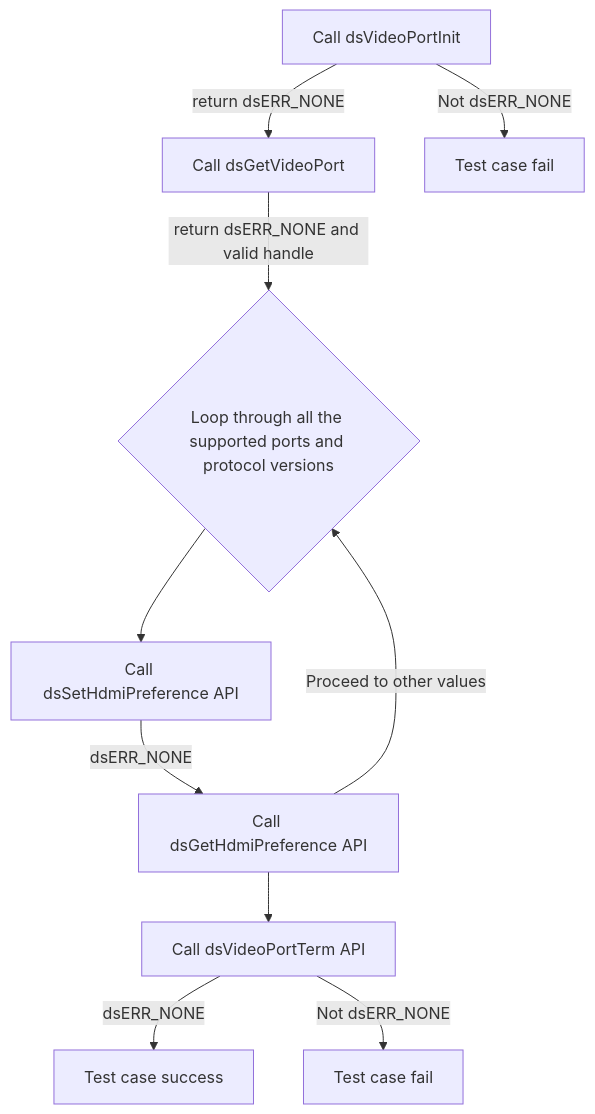
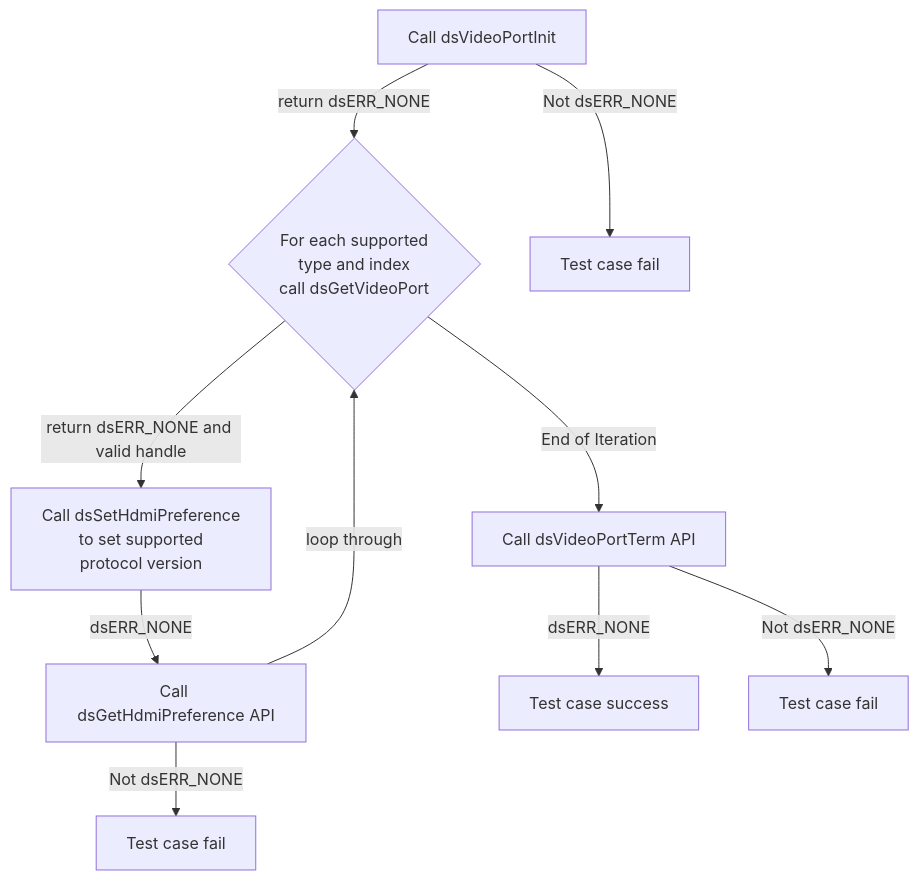
One commit to rdkcentral/rdk-halif-test-device_settings changed the ninth of 15 diagrams in docs/pages/ds-video-port_L2_Low-Level_TestSpecification.md. Above: the diagram before and after it, drawn with Mermaid. The commit also changed other lines of this file and 13 other files, not shown here.

Commit message:
gh #14 Update test case and configuration

````diff
--- a/docs/pages/ds-video-port_L2_Low-Level_TestSpecification.md
+++ b/docs/pages/ds-video-port_L2_Low-Level_TestSpecification.md
@@ -411,10 +414,12 @@
 ```mermaid
 graph TB
-    A[Call dsVideoPortInit] -->|return dsERR_NONE|B[Call dsGetVideoPort] -->|return dsERR_NONE and valid handle|P{Loop through all the supported ports and <br>protocol versions}
+    A[Call dsVideoPortInit] -->|return dsERR_NONE|B{For each supported<br> type and index <br> call dsGetVideoPort}
+    B -->|return dsERR_NONE and valid handle|D[Call dsSetHdmiPreference<br> to set supported protocol version]
     A -->|Not dsERR_NONE|C[Test case fail]
-    P --> D[Call dsSetHdmiPreference API]
-    D -->|dsERR_NONE|F[Call dsGetHdmiPreference API] -->|Proceed to other values|P
-    F --> J[Call dsVideoPortTerm API]
+    D -->|dsERR_NONE|F[Call dsGetHdmiPreference API]
+    F -->|Not dsERR_NONE|A2[Test case fail]
+    F -->|loop through | B
+    B -->|End of Iteration|J[Call dsVideoPortTerm API]
     J -->|dsERR_NONE|K[Test case success]
     J -->|Not dsERR_NONE|L[Test case fail]
 ```
````
